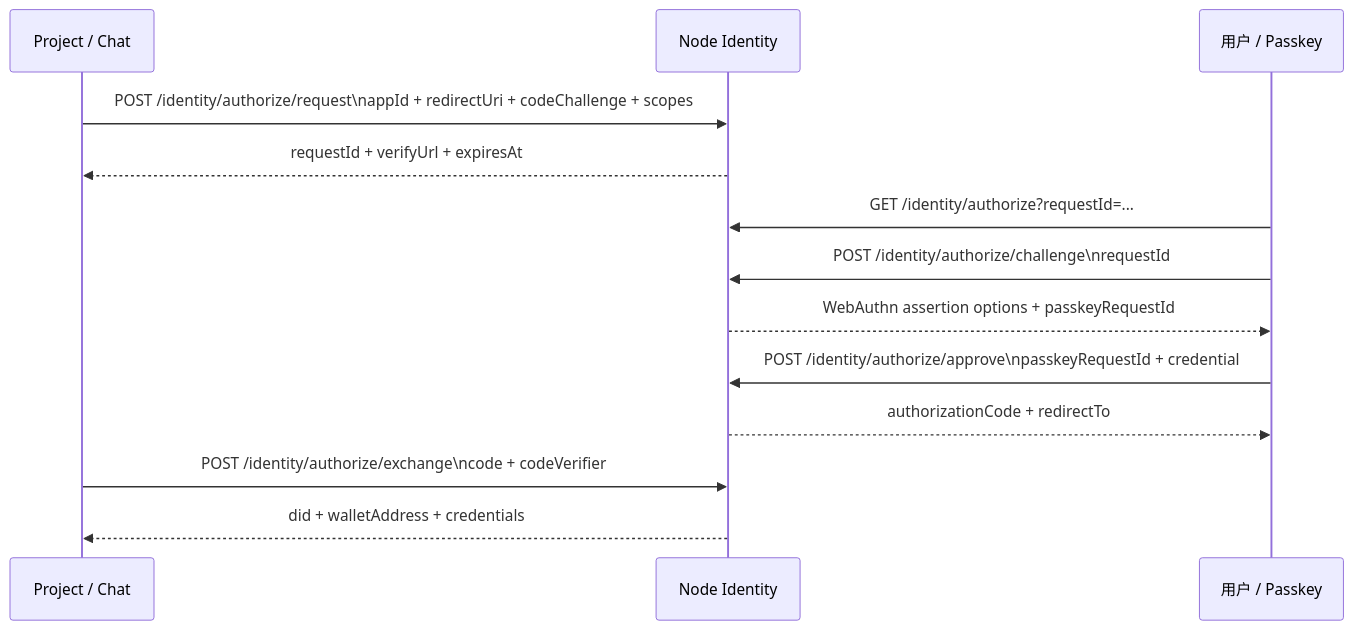
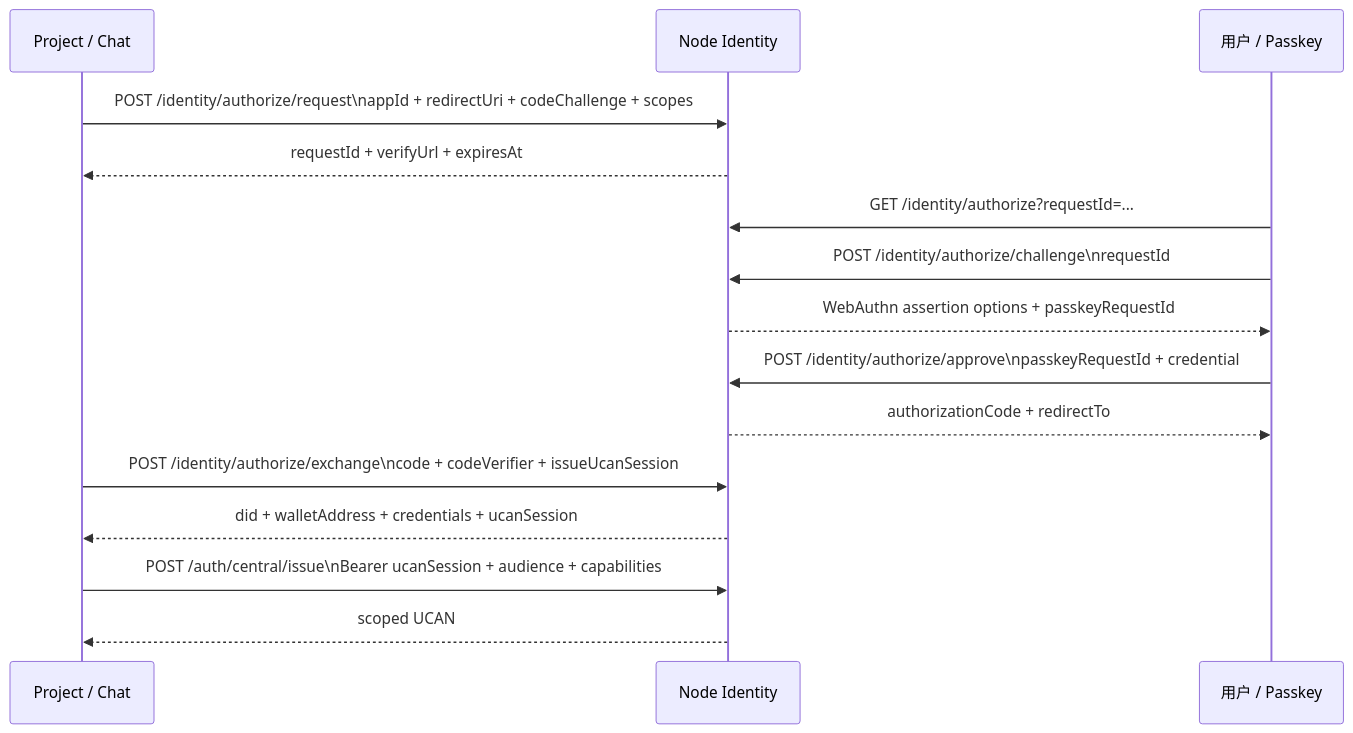
Before and after one commit to yeying-community/node: the sixth of 7 diagrams in docs/登录授权.md, drawn with Mermaid. The commit also changed other lines of this file and 21 other files, not shown here.

Commit message:
fix: align identity authorization and UCAN issuer flow

````diff
--- a/docs/登录授权.md
+++ b/docs/登录授权.md
@@ -177,16 +179,18 @@
 ```mermaid
 sequenceDiagram
   participant App as Project / Chat
   participant Node as Node Identity
   participant User as 用户 / Passkey
 
   App ->> Node: POST /identity/authorize/request\nappId + redirectUri + codeChallenge + scopes
   Node -->> App: requestId + verifyUrl + expiresAt
   User ->> Node: GET /identity/authorize?requestId=...
   User ->> Node: POST /identity/authorize/challenge\nrequestId
   Node -->> User: WebAuthn assertion options + passkeyRequestId
   User ->> Node: POST /identity/authorize/approve\npasskeyRequestId + credential
   Node -->> User: authorizationCode + redirectTo
-  App ->> Node: POST /identity/authorize/exchange\ncode + codeVerifier
-  Node -->> App: did + walletAddress + credentials
+  App ->> Node: POST /identity/authorize/exchange\ncode + codeVerifier + issueUcanSession
+  Node -->> App: did + walletAddress + credentials + ucanSession
+  App ->> Node: POST /auth/central/issue\nBearer ucanSession + audience + capabilities
+  Node -->> App: scoped UCAN
 ```
````
